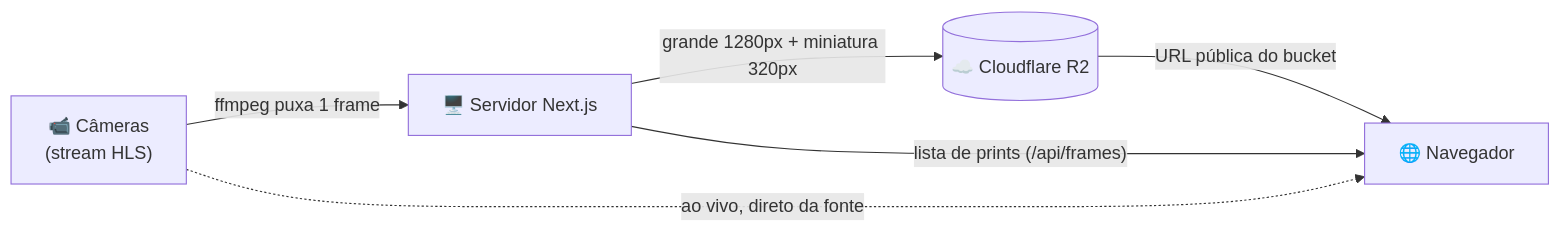
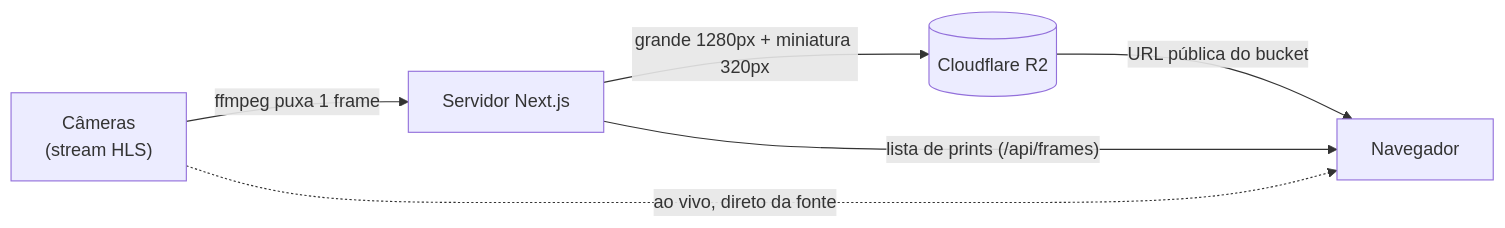
Before and after one commit to filipesfbr/cameras-rolante: the diagram in README.md, drawn with Mermaid. The commit also changed other lines of this file and 32 other files, not shown here.

````diff
--- a/README.md
+++ b/README.md
@@ -42,8 +47,8 @@
 ```mermaid
 flowchart LR
-    C["📹 Câmeras<br/>(stream HLS)"] -- "ffmpeg puxa 1 frame" --> S["🖥️ Servidor Next.js"]
-    S -- "grande 1280px + miniatura 320px" --> R[("☁️ Cloudflare R2")]
-    R -- "URL pública do bucket" --> B["🌐 Navegador"]
+    C["Câmeras<br/>(stream HLS)"] -- "ffmpeg puxa 1 frame" --> S["Servidor Next.js"]
+    S -- "grande 1280px + miniatura 320px" --> R[("Cloudflare R2")]
+    R -- "URL pública do bucket" --> B["Navegador"]
     S -- "lista de prints (/api/frames)" --> B
     C -. "ao vivo, direto da fonte" .-> B
 ```
````
